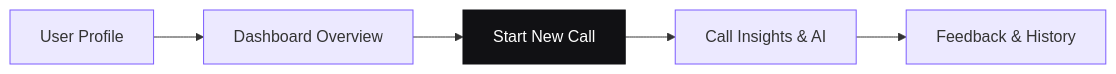
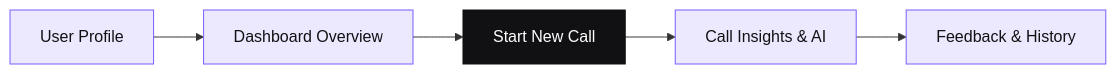
Before and after one commit to Gautam-Bharadwaj/Hintro_project: the diagram in README.md, drawn with Mermaid.

Commit message:
docs: improve Mermaid text visibility with dark font

````diff
--- a/README.md
+++ b/README.md
@@ -16,13 +16,13 @@
 ```mermaid
 graph LR
     A[User Profile] --> B[Dashboard Overview]
     B --> C[Start New Call]
     C --> D[Call Insights & AI]
     D --> E[Feedback & History]
     
-    style A fill:#ece9ff,stroke:#7c5cff,stroke-width:1px
-    style B fill:#ece9ff,stroke:#7c5cff,stroke-width:1px
+    style A fill:#ece9ff,stroke:#7c5cff,stroke-width:1px,color:#111114
+    style B fill:#ece9ff,stroke:#7c5cff,stroke-width:1px,color:#111114
     style C fill:#111114,stroke:#111114,color:#fff
-    style D fill:#ece9ff,stroke:#7c5cff,stroke-width:1px
-    style E fill:#ece9ff,stroke:#7c5cff,stroke-width:1px
+    style D fill:#ece9ff,stroke:#7c5cff,stroke-width:1px,color:#111114
+    style E fill:#ece9ff,stroke:#7c5cff,stroke-width:1px,color:#111114
 ```
````
